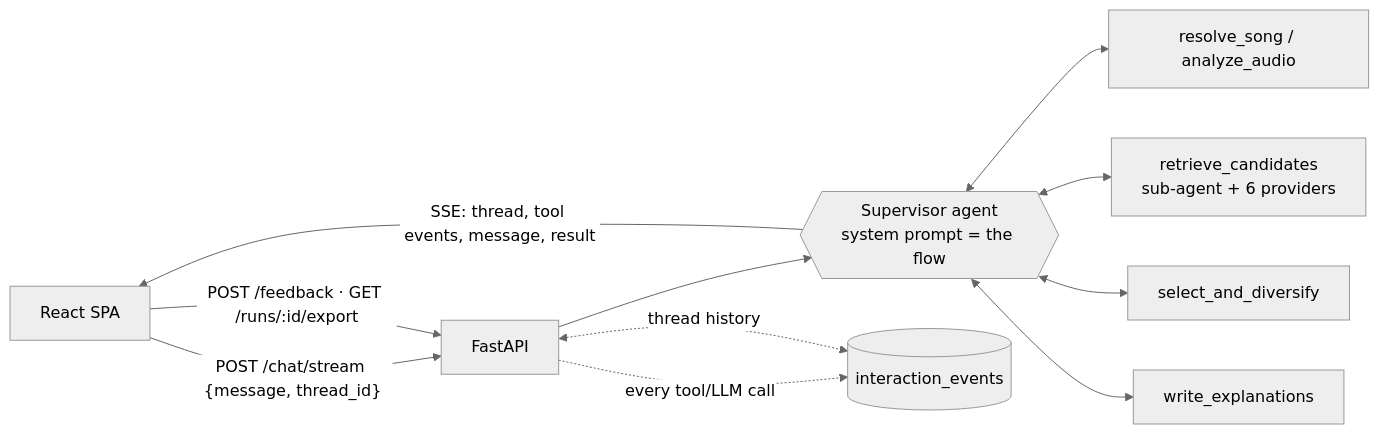
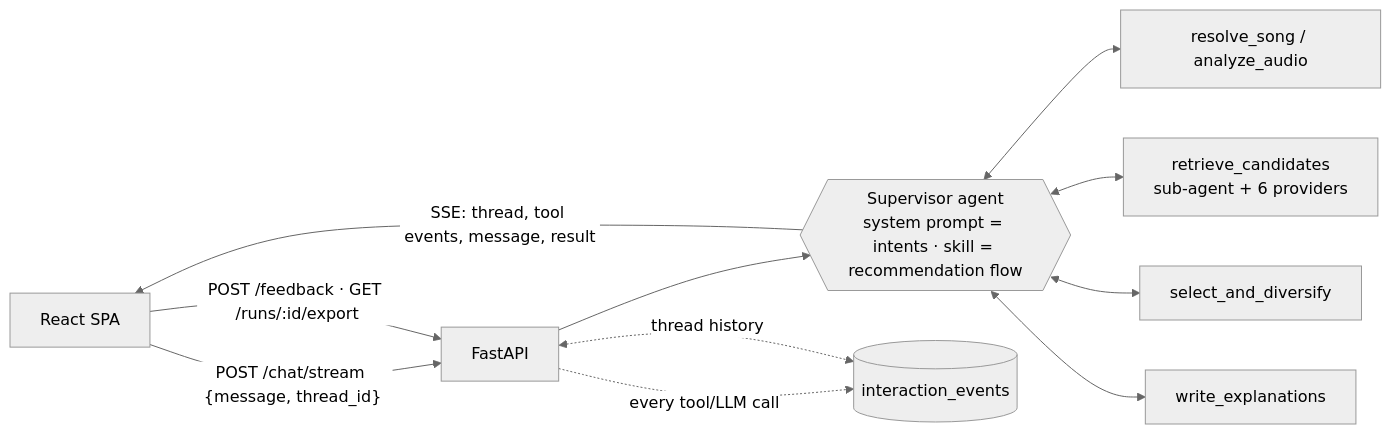
Before and after one commit to juzztjawa/music-recommender: the diagram in docs/01-system-overview.md, drawn with Mermaid (neutral theme). The commit also changed other lines of this file and 36 other files, not shown here.

````diff
--- a/docs/01-system-overview.md
+++ b/docs/01-system-overview.md
@@ -9,13 +9,13 @@
 ```mermaid
 flowchart LR
   UI[React SPA] -- "POST /chat/stream {message, thread_id}" --> API[FastAPI]
-  API --> S{{Supervisor agent<br/>system prompt = the flow}}
+  API --> S{{Supervisor agent<br/>system prompt = intents · skill = recommendation flow}}
   S <--> T1[resolve_song / analyze_audio]
   S <--> T2[retrieve_candidates<br/>sub-agent + 6 providers]
   S <--> T3[select_and_diversify]
   S <--> T4[write_explanations]
   S -- "SSE: thread, tool events, message, result" --> UI
   API -. "every tool/LLM call" .-> L[(interaction_events)]
   API <-. "thread history" .-> L
   UI -- "POST /feedback · GET /runs/:id/export" --> API
 ```
````
